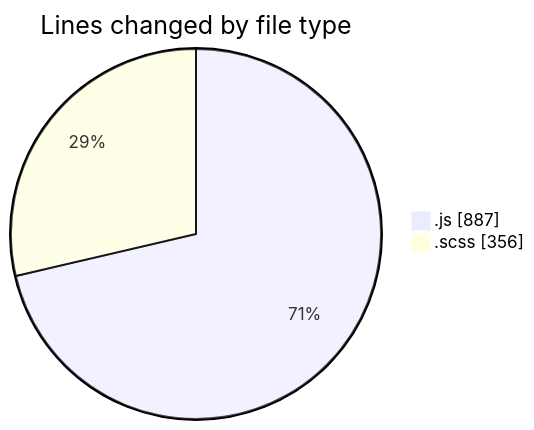
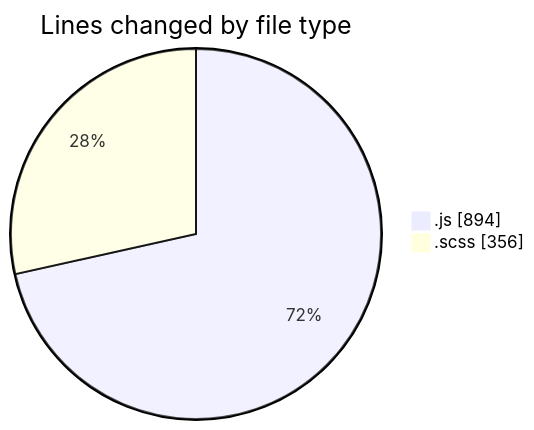
The first of 2 diagrams in 2026-01-05/cda/README.md (momahboobian/code-tracking), drawn with Mermaid before and after one commit. The commit also changed other lines of this file and 1 other file, not shown here.

````diff
--- a/2026-01-05/cda/README.md
+++ b/2026-01-05/cda/README.md
@@ -27,6 +27,6 @@
 ```mermaid
 pie showData
 title Lines changed by file type
-".js" : 887
+".js" : 894
 ".scss" : 356
 ```
````
